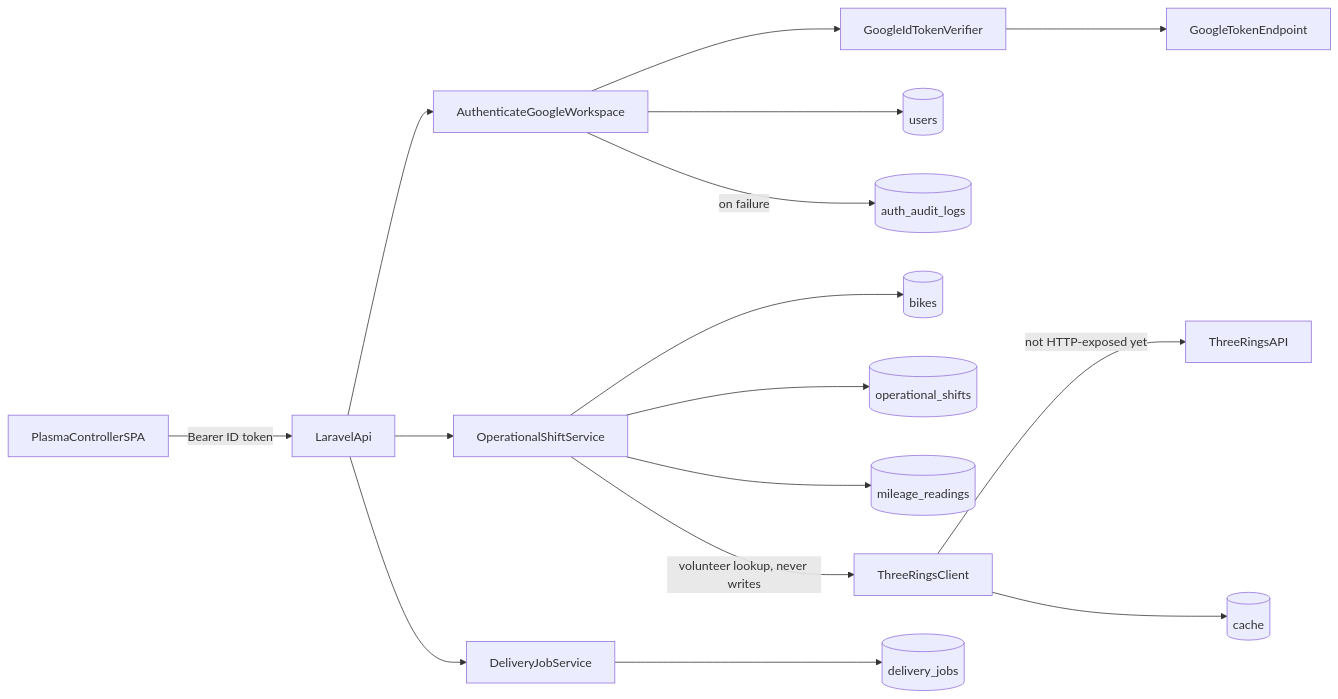
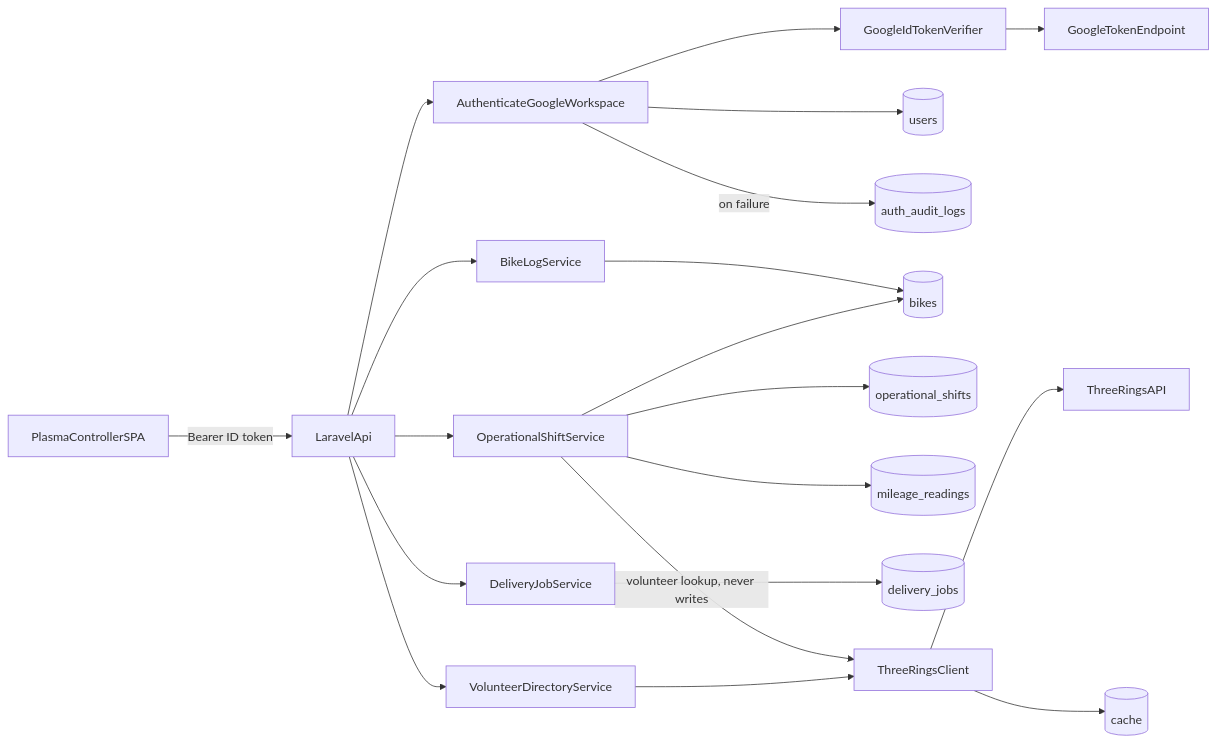
One commit to blood-bikes-wales/plasma-api changed the diagram in docs/technical/architecture.md. Above: the diagram before and after it, drawn with Mermaid. The commit also changed other lines of this file and 3 other files, not shown here.

Commit message:
Update project docs for directory API and current HTTP surface. (#16)

````diff
--- a/docs/technical/architecture.md
+++ b/docs/technical/architecture.md
@@ -24,18 +26,22 @@
 ```mermaid
 flowchart LR
   Spa[PlasmaControllerSPA] -->|"Bearer ID token"| Api[LaravelApi]
   Api --> AuthMw[AuthenticateGoogleWorkspace]
   AuthMw --> Verifier[GoogleIdTokenVerifier]
   Verifier --> Google[GoogleTokenEndpoint]
   AuthMw --> Users[(users)]
   AuthMw -->|"on failure"| Audit[(auth_audit_logs)]
   Api --> Shifts[OperationalShiftService]
   Shifts --> Bikes[(bikes)]
   Shifts --> Duty[(operational_shifts)]
   Shifts --> Mileage[(mileage_readings)]
   Api --> Jobs[DeliveryJobService]
   Jobs --> DeliveryJobs[(delivery_jobs)]
+  Api --> Directory[VolunteerDirectoryService]
+  Api --> BikeLog[BikeLogService]
+  BikeLog --> Bikes
+  Directory --> ThreeRingsClient
   Shifts -->|"volunteer lookup, never writes"| ThreeRingsClient
-  ThreeRingsClient -->|"not HTTP-exposed yet"| ThreeR[ThreeRingsAPI]
+  ThreeRingsClient --> ThreeR[ThreeRingsAPI]
   ThreeRingsClient --> Cache[(cache)]
 ```
````
